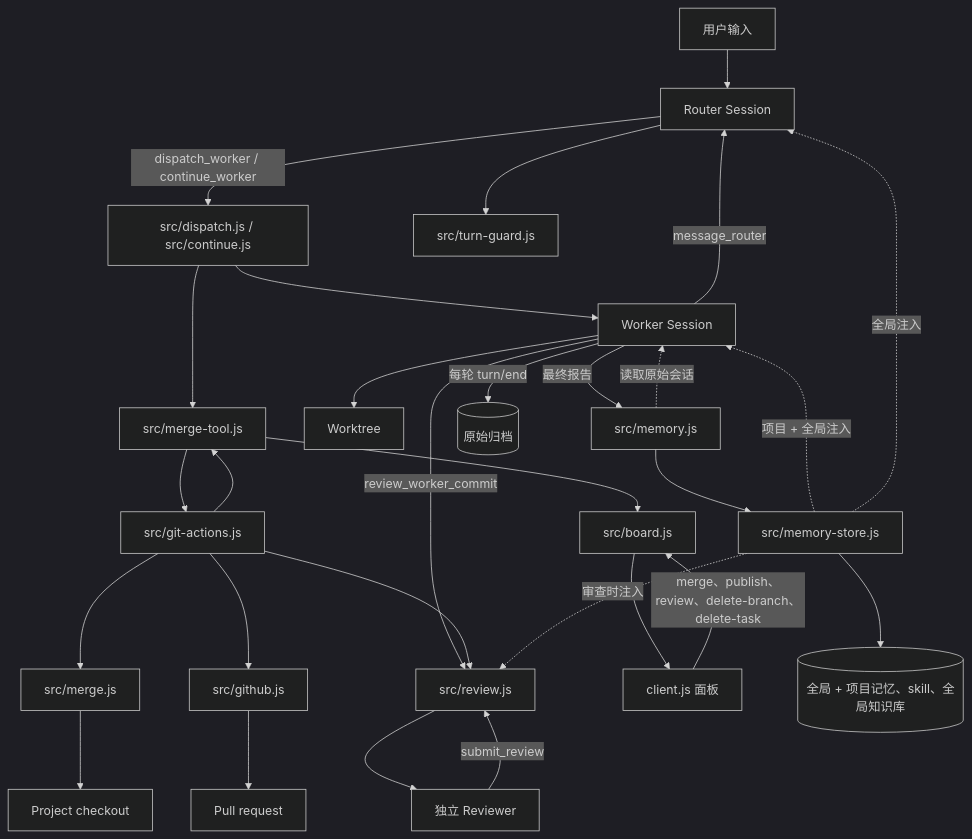
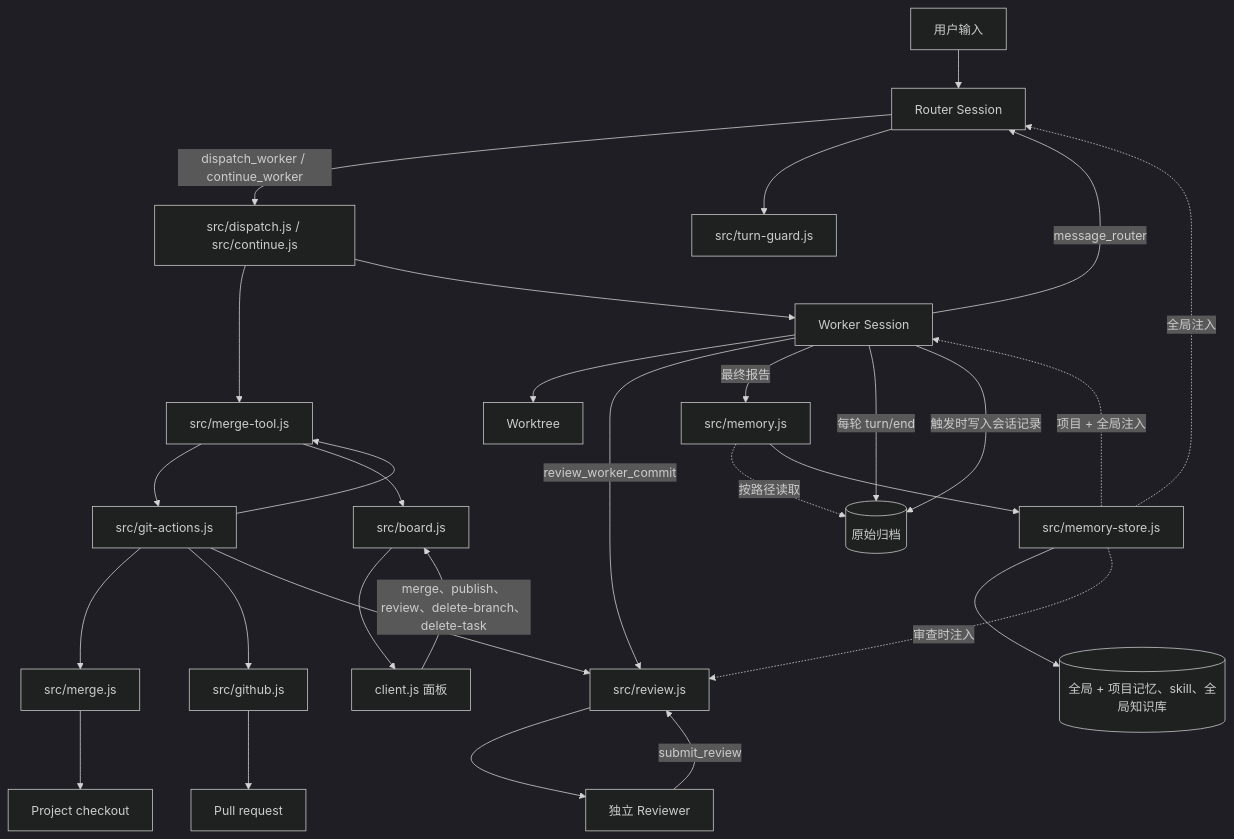
The diagram in docs/007-architecture.md (LMQ00/superagent-lite), drawn with Mermaid (dark theme) before and after one commit. The commit also changed other lines of this file and 15 other files, not shown here.

````diff
--- a/docs/007-architecture.md
+++ b/docs/007-architecture.md
@@ -9,31 +9,32 @@
 ```mermaid
 flowchart TB
   U[用户输入] --> R[Router Session]
   R -->|dispatch_worker / continue_worker| D[src/dispatch.js / src/continue.js]
   D --> T[(Task 记录)]
   D --> W[Worker Session]
   W --> WT[Worktree]
   W -->|review_worker_commit| RV[src/review.js]
   RV --> HR[独立 Reviewer]
   HR -->|submit_review| RV
   W -->|message_router| R
   T --> G[src/git-actions.js]
   G --> M[src/merge.js]
   G --> T[src/merge-tool.js]
   G --> GH[src/github.js]
   G --> RV
   M --> P[Project checkout]
   GH --> PR[Pull request]
   T --> B[src/board.js]
   B --> C[client.js 面板]
   C -->|merge、publish、review、delete-branch、delete-task| B
   R --> TG[src/turn-guard.js]
   W -->|最终报告| ME[src/memory.js]
   W -->|每轮 turn/end| AR[(原始归档)]
-  ME -.->|读取原始会话| W
+  W -->|触发时写入会话记录| AR
+  ME -.->|按路径读取| AR
   ME --> MS[src/memory-store.js]
   MS --> MF[(全局 + 项目记忆、skill、全局知识库)]
   MS -.->|项目 + 全局注入| W
   MS -.->|全局注入| R
   MS -.->|审查时注入| RV
 ```
````
